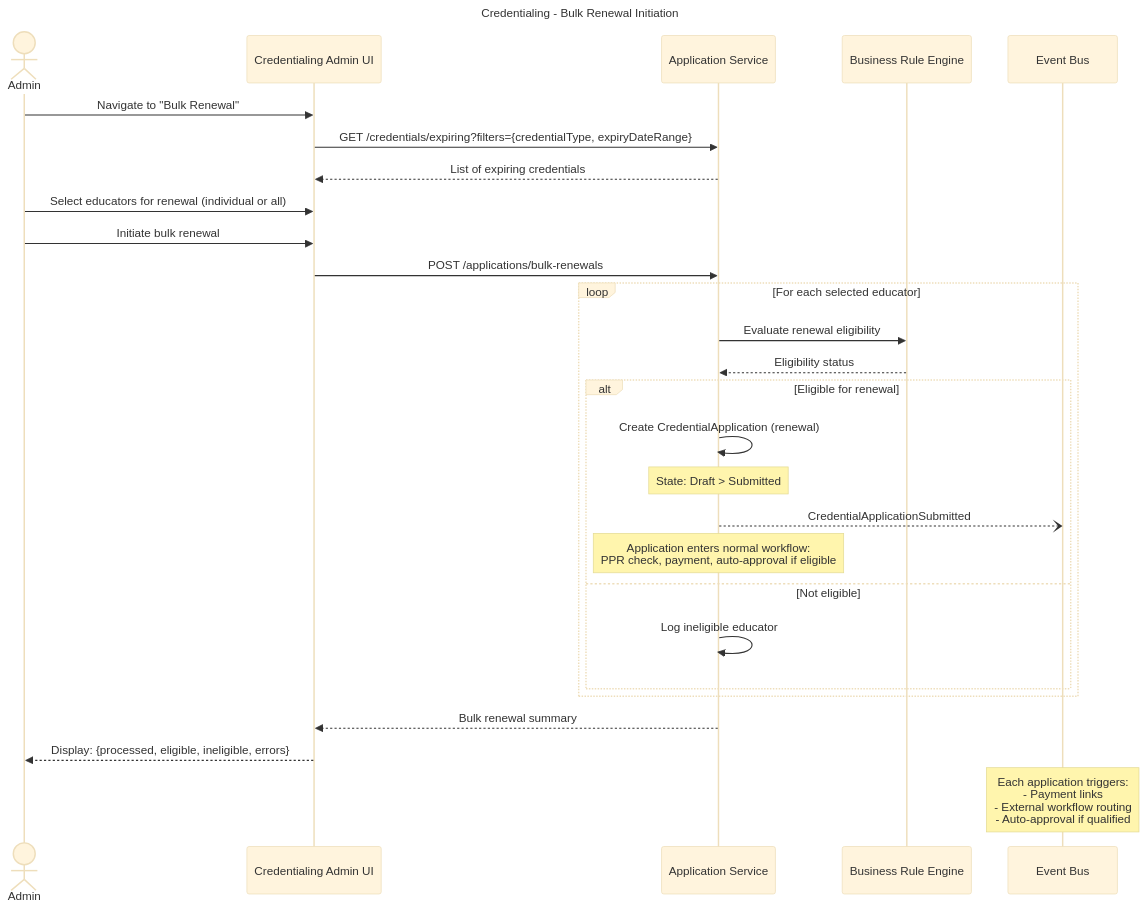
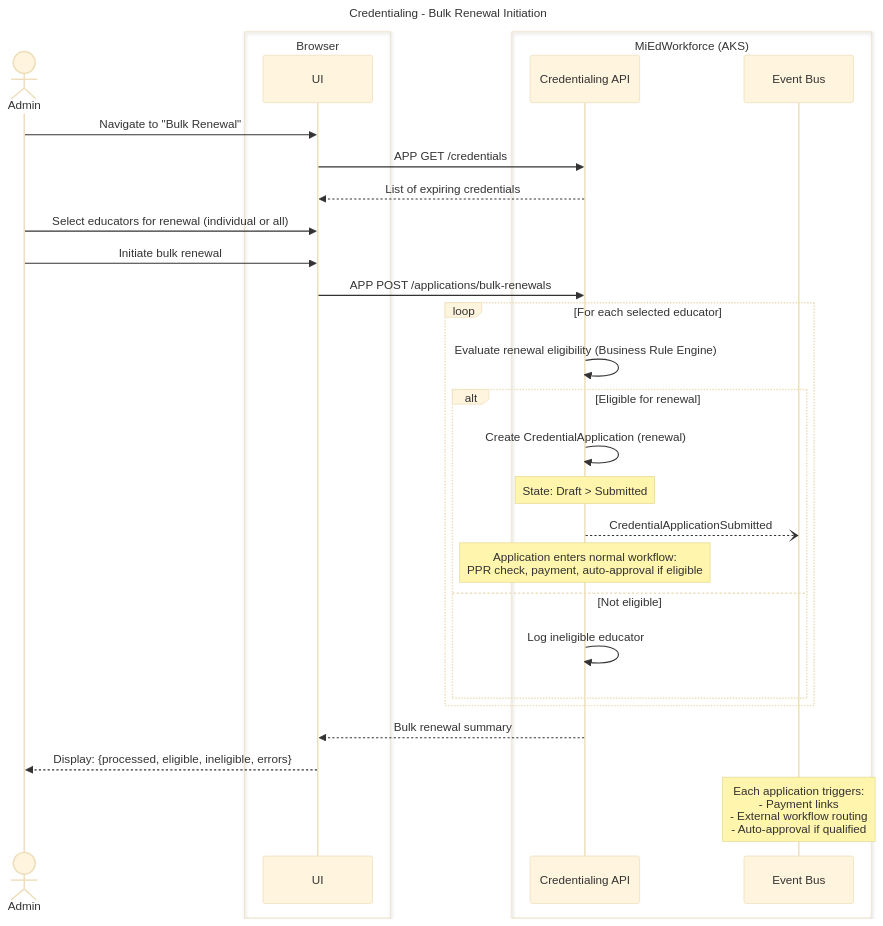
Diagram 15 of 23 in working-docs/solution-areas/credentialing/credentialing-sequences.md (mnichols-dl/mied-design), drawn with Mermaid (base theme) before and after one commit. The commit also changed other lines of this file and 34 other files, not shown here.

Commit message:
Update sequences and perform RTM assessment

````diff
--- a/working-docs/solution-areas/credentialing/credentialing-sequences.md
+++ b/working-docs/solution-areas/credentialing/credentialing-sequences.md
@@ -798,39 +937,41 @@
 ```mermaid
 ---
 title: Credentialing - Bulk Renewal Initiation
 ---
 sequenceDiagram
     actor Admin
-    participant UI as Credentialing Admin UI
-    participant AppService as Application Service
-    participant BRM as Business Rule Engine
-    participant EventBus as Event Bus
-    
+    box Browser
+        participant UI
+    end
+    box MiEdWorkforce (AKS)
+        participant CredApi as Credentialing API
+        participant EventBus as Event Bus
+    end
+
     Admin->>UI: Navigate to "Bulk Renewal"
-    UI->>AppService: GET /credentials/expiring?filters={credentialType, expiryDateRange}
-    AppService-->>UI: List of expiring credentials
-    
+    UI->>CredApi: APP GET /credentials
+    CredApi-->>UI: List of expiring credentials
+
     Admin->>UI: Select educators for renewal (individual or all)
     Admin->>UI: Initiate bulk renewal
-    
-    UI->>AppService: POST /applications/bulk-renewals
-    
+
+    UI->>CredApi: APP POST /applications/bulk-renewals
+
     loop For each selected educator
-        AppService->>BRM: Evaluate renewal eligibility
-        BRM-->>AppService: Eligibility status
-        
+        CredApi->>CredApi: Evaluate renewal eligibility (Business Rule Engine)
+
         alt Eligible for renewal
-            AppService->>AppService: Create CredentialApplication (renewal)
-            Note over AppService: State: Draft > Submitted
-            AppService--)EventBus: CredentialApplicationSubmitted
-            Note over AppService: Application enters normal workflow:<br/>PPR check, payment, auto-approval if eligible
+            CredApi->>CredApi: Create CredentialApplication (renewal)
+            Note over CredApi: State: Draft > Submitted
+            CredApi--)EventBus: CredentialApplicationSubmitted
+            Note over CredApi: Application enters normal workflow:<br/>PPR check, payment, auto-approval if eligible
         else Not eligible
-            AppService->>AppService: Log ineligible educator
+            CredApi->>CredApi: Log ineligible educator
         end
     end
-    
-    AppService-->>UI: Bulk renewal summary
+
+    CredApi-->>UI: Bulk renewal summary
     UI-->>Admin: Display: {processed, eligible, ineligible, errors}
-    
+
     Note over EventBus: Each application triggers:<br/>- Payment links<br/>- External workflow routing<br/>- Auto-approval if qualified
 ```
````
